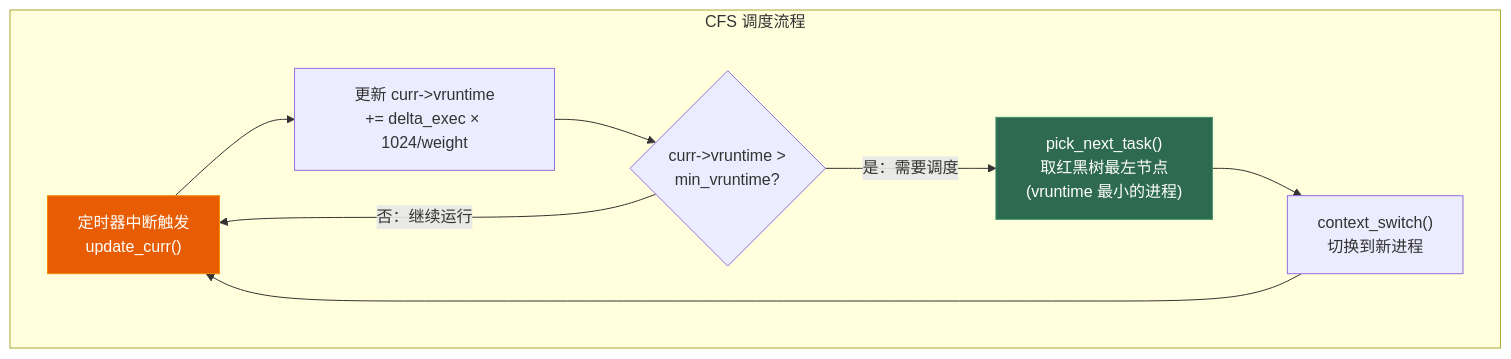
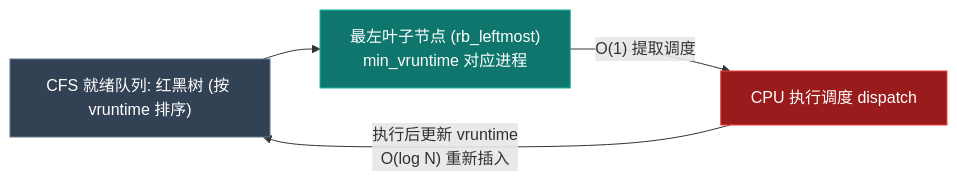
One commit to Lumivers/firefly changed the third of 4 diagrams in src/content/posts/os/05_process_scheduling.md. Above: the diagram before and after it, drawn with Mermaid. The commit also changed other lines of this file and 39 other files, not shown here.

````diff
--- a/src/content/posts/os/05_process_scheduling.md
+++ b/src/content/posts/os/05_process_scheduling.md
@@ -316,14 +139,14 @@
 ```mermaid
-graph TD
-    subgraph "CFS 调度流程"
-        A["定时器中断触发\nupdate_curr()"] --> B["更新 curr->vruntime\n+= delta_exec × 1024/weight"]
-        B --> C{"curr->vruntime >\nmin_vruntime?"}
-        C -->|"是：需要调度"| D["pick_next_task()\n取红黑树最左节点\n(vruntime 最小的进程)"]
-        C -->|"否：继续运行"| A
-        D --> E["context_switch()\n切换到新进程"]
-        E --> A
-    end
-    
-    style A fill:#e85d04,stroke:#f48c06,color:white
-    style D fill:#2d6a4f,stroke:#40916c,color:white
+graph LR
+    RB["CFS 就绪队列: 红黑树 (按 vruntime 排序)"]
+    Left["最左叶子节点 (rb_leftmost)\nmin_vruntime 对应进程"]
+    CPU["CPU 执行调度 dispatch"]
+
+    Left -->|"O(1) 提取调度"| CPU
+    CPU -->|"执行后更新 vruntime\nO(log N) 重新插入"| RB
+    RB --> Left
+
+    style Left fill:#0f766e,stroke:#14b8a6,color:white
+    style CPU fill:#991b1b,stroke:#ef4444,color:white
+    style RB fill:#334155,stroke:#64748b,color:white
 ```
````
